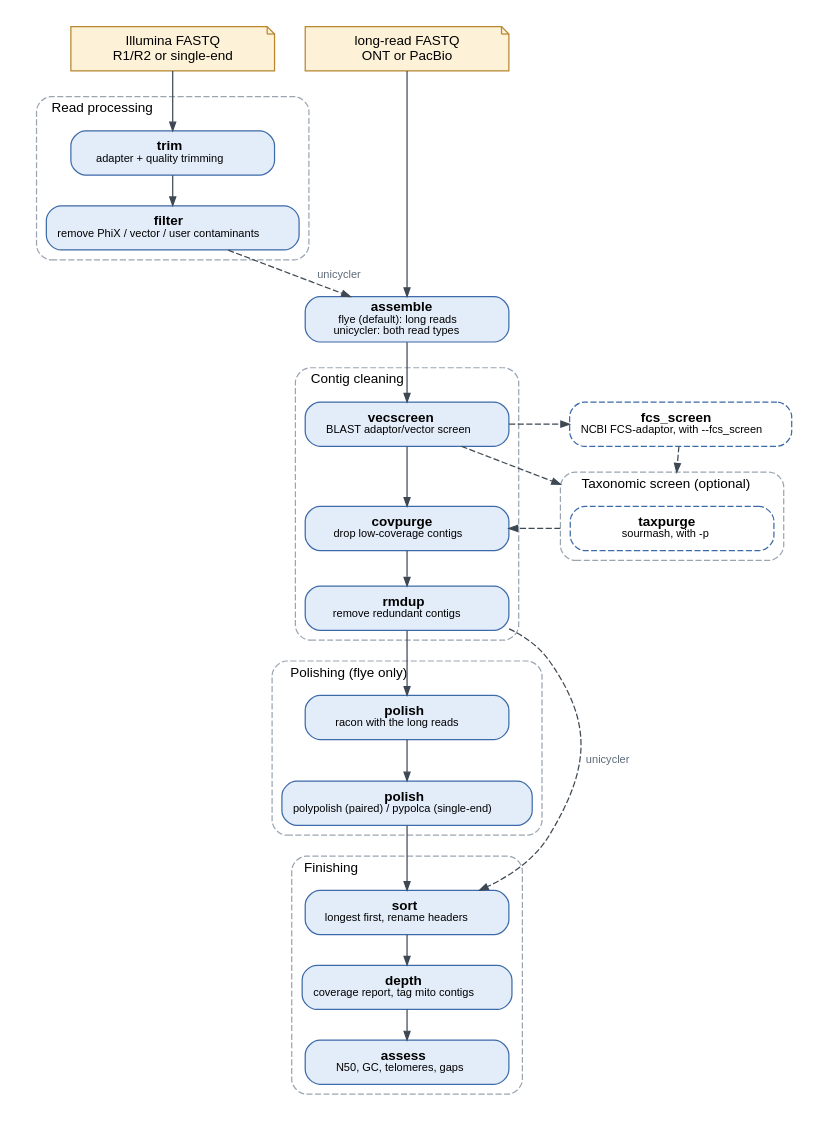
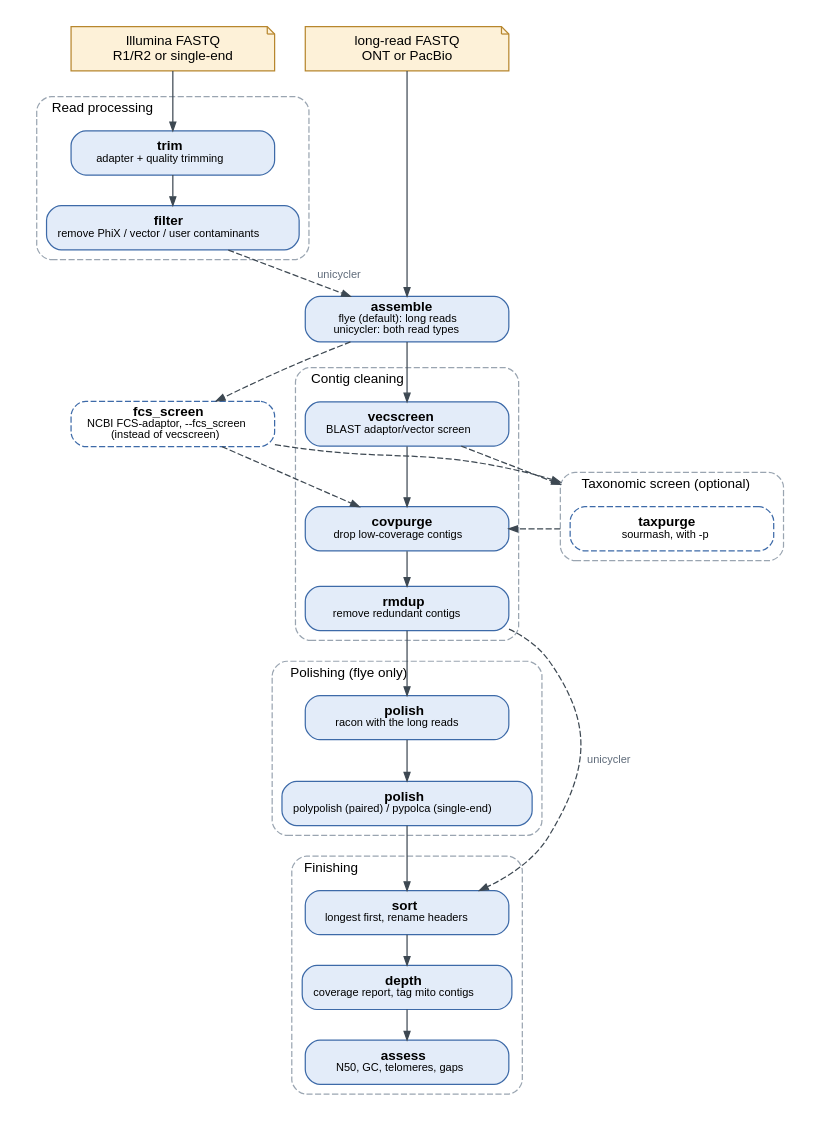
The third of 3 diagrams in docs/workflow.rst (stajichlab/AAFTF), drawn with Graphviz before and after one commit. The commit also changed other lines of this file and 8 other files, not shown here.

Commit message:
Update documentation and pipeline to replace vecscreen with fcs_screen for adaptor screening

```diff
--- a/docs/workflow.rst
+++ b/docs/workflow.rst
@@ -286,46 +289,47 @@
 .. graphviz::
    :align: center
 
    digraph pipeline_hybrid {
        graph [compound=true, bgcolor="white", pad="0.2", fontname="Helvetica", fontsize=11, nodesep=0.35, ranksep=0.32, newrank=true, labeljust=l, color="#9aa5b1", style="rounded,dashed"]
        node [shape=box, style="rounded,filled", fillcolor="#e3ecf9", color="#3d6aa8", fontname="Helvetica", fontsize=11, width=2.3, height=0.5, margin="0.12,0.05"]
        edge [color="#3d4852", arrowsize=0.7, fontname="Helvetica", fontsize=9, fontcolor="#5f6b7a"]
        illumina [label="Illumina FASTQ\nR1/R2 or single-end", shape=note, fillcolor="#fdf1d8", color="#b7862d"]
        longreads [label="long-read FASTQ\nONT or PacBio", shape=note, fillcolor="#fdf1d8", color="#b7862d"]
        subgraph cluster_reads { label="Read processing"
            trim [label=<<b>trim</b><br/><font point-size="9">adapter + quality trimming</font>>]
            filter [label=<<b>filter</b><br/><font point-size="9">remove PhiX / vector / user contaminants</font>>]
        }
        assemble [label=<<b>assemble</b><br/><font point-size="9">flye (default): long reads<br/>unicycler: both read types</font>>]
        subgraph cluster_clean { label="Contig cleaning"
            vecscreen [label=<<b>vecscreen</b><br/><font point-size="9">BLAST adaptor/vector screen</font>>]
            covpurge [label=<<b>covpurge</b><br/><font point-size="9">drop low-coverage contigs</font>>]
            rmdup [label=<<b>rmdup</b><br/><font point-size="9">remove redundant contigs</font>>]
        }
        subgraph cluster_taxonomy { label="Taxonomic screen (optional)"
            taxpurge [label=<<b>taxpurge</b><br/><font point-size="9">sourmash, with -p</font>>, style="rounded,dashed", fillcolor=white]
        }
-       fcs_screen [label=<<b>fcs_screen</b><br/><font point-size="9">NCBI FCS-adaptor, with --fcs_screen</font>>, style="rounded,dashed", fillcolor=white]
+       fcs_screen [label=<<b>fcs_screen</b><br/><font point-size="9">NCBI FCS-adaptor, --fcs_screen<br/>(instead of vecscreen)</font>>, style="rounded,dashed", fillcolor=white]
        subgraph cluster_polish { label="Polishing (flye only)"
            racon [label=<<b>polish</b><br/><font point-size="9">racon with the long reads</font>>]
            short [label=<<b>polish</b><br/><font point-size="9">polypolish (paired) / pypolca (single-end)</font>>]
        }
        subgraph cluster_finish { label="Finishing"
            sort [label=<<b>sort</b><br/><font point-size="9">longest first, rename headers</font>>]
            depth [label=<<b>depth</b><br/><font point-size="9">coverage report, tag mito contigs</font>>]
            assess [label=<<b>assess</b><br/><font point-size="9">N50, GC, telomeres, gaps</font>>]
        }
 
        illumina -> trim -> filter [weight=10]
        longreads -> assemble [weight=10]
        filter -> assemble [style=dashed, label=" unicycler"]
        assemble -> vecscreen -> covpurge -> rmdup -> racon -> short -> sort -> depth -> assess [weight=10]
-       vecscreen -> fcs_screen [style=dashed]
+       assemble -> fcs_screen [style=dashed]
+       fcs_screen -> covpurge [style=dashed]
        {rank=same; vecscreen; fcs_screen}
        vecscreen -> taxpurge [style=dashed, lhead=cluster_taxonomy]
        fcs_screen -> taxpurge [style=dashed, lhead=cluster_taxonomy, constraint=false]
        taxpurge -> covpurge [style=dashed, ltail=cluster_taxonomy]
        rmdup -> sort [style=dashed, label=" unicycler", constraint=false]
        {rank=same; illumina; longreads}
        {rank=same; covpurge; taxpurge}
    }
```
